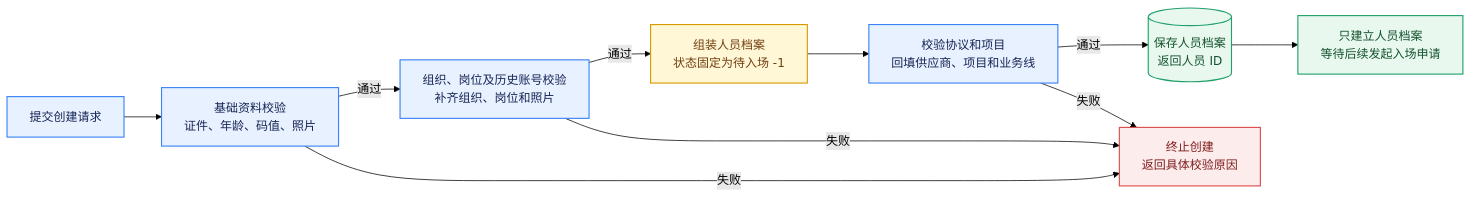
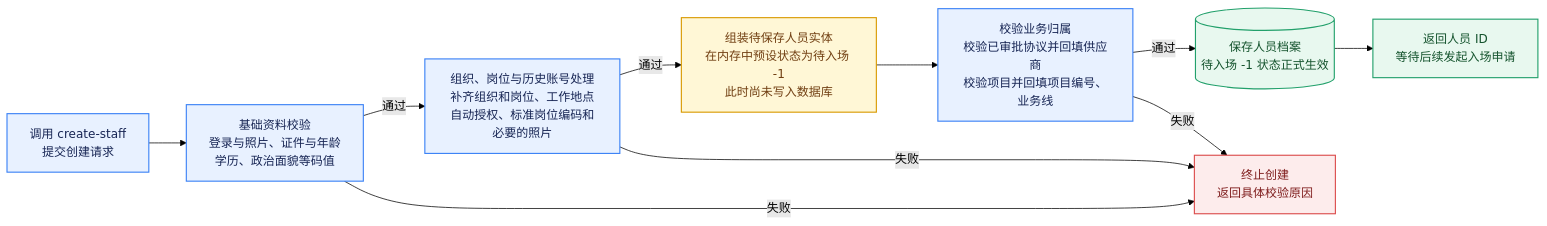
Before and after one commit to yunyunafyke-sketch/quartz-personal-blog: diagram 12 of 16 in content/中华财险-公司项目/hrms（大型人力资源外包管理系统）/项目说明/7.外包人员模块.md, drawn with Mermaid (forest theme). The commit also changed other lines of this file and 7 other files, not shown here.

````diff
--- a/content/中华财险-公司项目/hrms（大型人力资源外包管理系统）/项目说明/7.外包人员模块.md
+++ b/content/中华财险-公司项目/hrms（大型人力资源外包管理系统）/项目说明/7.外包人员模块.md
@@ -318,22 +318,22 @@
 ```mermaid
 flowchart LR
-    A[提交创建请求] --> B[基础资料校验<br/>证件、年龄、码值、照片]
-    B -->|通过| C[组织、岗位及历史账号校验<br/>补齐组织、岗位和照片]
-    C -->|通过| D[组装人员档案<br/>状态固定为待入场 -1]
-    D --> E[校验协议和项目<br/>回填供应商、项目和业务线]
-    E -->|通过| F[(保存人员档案<br/>返回人员 ID)]
-    F --> G[只建立人员档案<br/>等待后续发起入场申请]
+    A[调用 create-staff<br/>提交创建请求] --> B[基础资料校验<br/>登录与照片、证件与年龄<br/>学历、政治面貌等码值]
+    B -->|通过| C[组织、岗位与历史账号处理<br/>补齐组织和岗位、工作地点<br/>自动授权、标准岗位编码和必要的照片]
+    C -->|通过| D[组装待保存人员实体<br/>在内存中预设状态为待入场 -1<br/>此时尚未写入数据库]
+    D --> E[校验业务归属<br/>校验已审批协议并回填供应商<br/>校验项目并回填项目编号、业务线]
+    E -->|通过| F[(保存人员档案<br/>待入场 -1 状态正式生效)]
+    F --> G[返回人员 ID<br/>等待后续发起入场申请]
 
     B -->|失败| X[终止创建<br/>返回具体校验原因]
     C -->|失败| X
     E -->|失败| X
 
     classDef action fill:#E8F1FF,stroke:#3B82F6,color:#172554,stroke-width:1.5px;
     classDef pending fill:#FFF7D6,stroke:#D99A00,color:#713F12,stroke-width:1.5px;
     classDef success fill:#E8F8EF,stroke:#22A06B,color:#14532D,stroke-width:1.5px;
     classDef fail fill:#FDECEC,stroke:#DC4C4C,color:#7F1D1D,stroke-width:1.5px;
     class A,B,C,E action;
     class D pending;
     class F,G success;
     class X fail;
 ```
````
